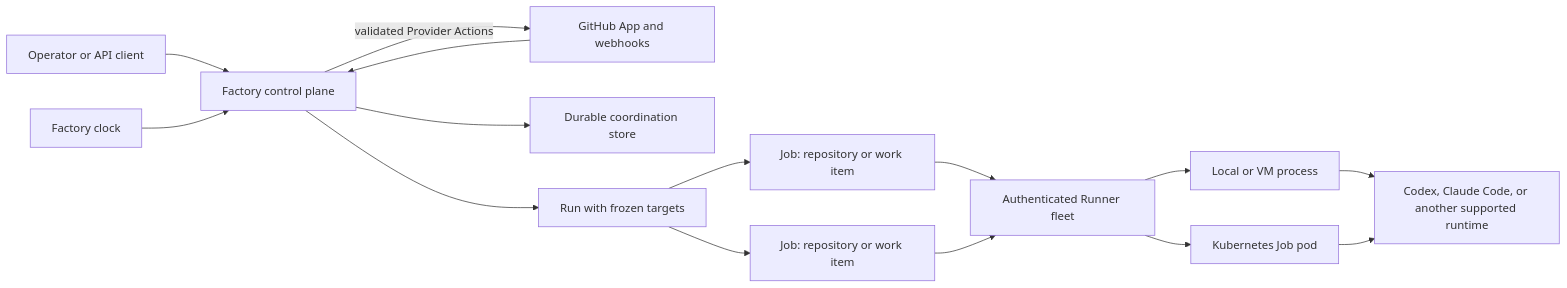
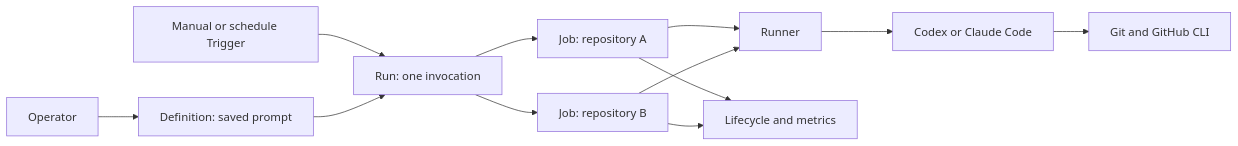
The diagram in docs/software-factory/design.md (owainlewis/factory), drawn with Mermaid before and after one commit. The commit also changed other lines of this file and 1 other file, not shown here.

Commit message:
docs: simplify software factory v1

````diff
--- a/docs/software-factory/design.md
+++ b/docs/software-factory/design.md
@@ -45,17 +44,14 @@
 ```mermaid
 flowchart LR
-    O["Operator or API client"] --> CP["Factory control plane"]
-    GH["GitHub App and webhooks"] --> CP
-    CLK["Factory clock"] --> CP
-    CP --> DB["Durable coordination store"]
-    CP --> RUN["Run with frozen targets"]
-    RUN --> J1["Job: repository or work item"]
-    RUN --> J2["Job: repository or work item"]
-    J1 --> R["Authenticated Runner fleet"]
-    J2 --> R
-    R --> L["Local or VM process"]
-    R --> K["Kubernetes Job pod"]
-    L --> A["Codex, Claude Code, or another supported runtime"]
-    K --> A
-    CP -->|"validated Provider Actions"| GH
+    U["Operator"] --> D["Definition: saved prompt"]
+    T["Manual or schedule Trigger"] --> R["Run: one invocation"]
+    D --> R
+    R --> J1["Job: repository A"]
+    R --> J2["Job: repository B"]
+    J1 --> RN["Runner"]
+    J2 --> RN
+    RN --> A["Codex or Claude Code"]
+    A --> G["Git and GitHub CLI"]
+    J1 --> M["Lifecycle and metrics"]
+    J2 --> M
 ```
````
